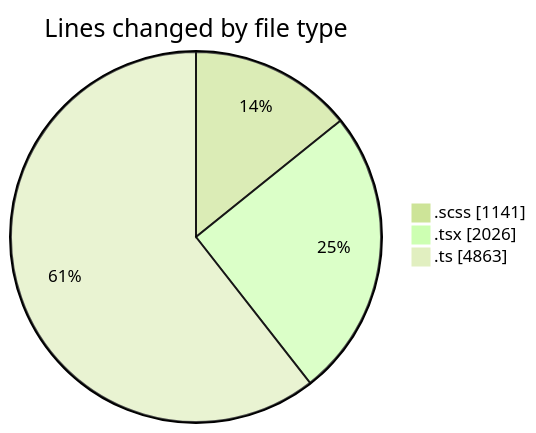
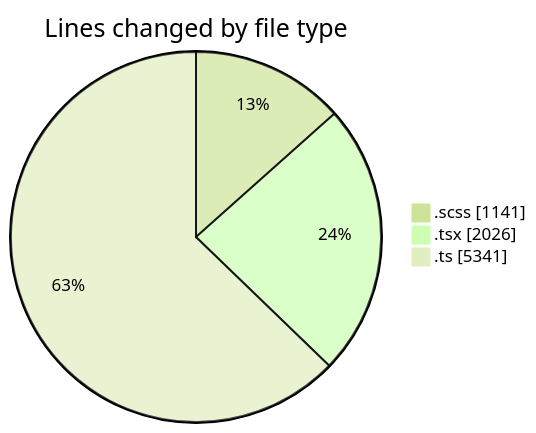
The first of 2 diagrams in 2025-03-28/cda/README.md (momahboobian/code-tracking), drawn with Mermaid (forest theme) before and after one commit. The commit also changed other lines of this file and 1 other file, not shown here.

````diff
--- a/2025-03-28/cda/README.md
+++ b/2025-03-28/cda/README.md
@@ -31,7 +34,7 @@
 ```mermaid
 pie showData
 title Lines changed by file type
 ".scss" : 1141
 ".tsx" : 2026
-".ts" : 4863
+".ts" : 5341
 ```
````
